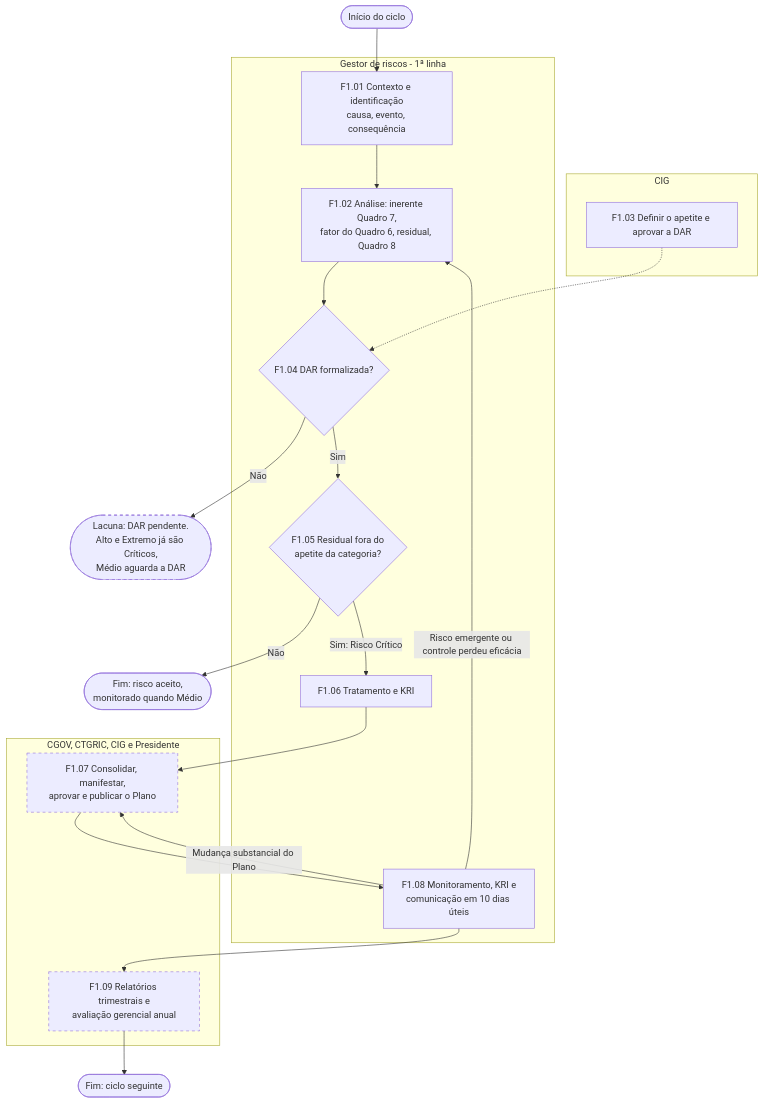
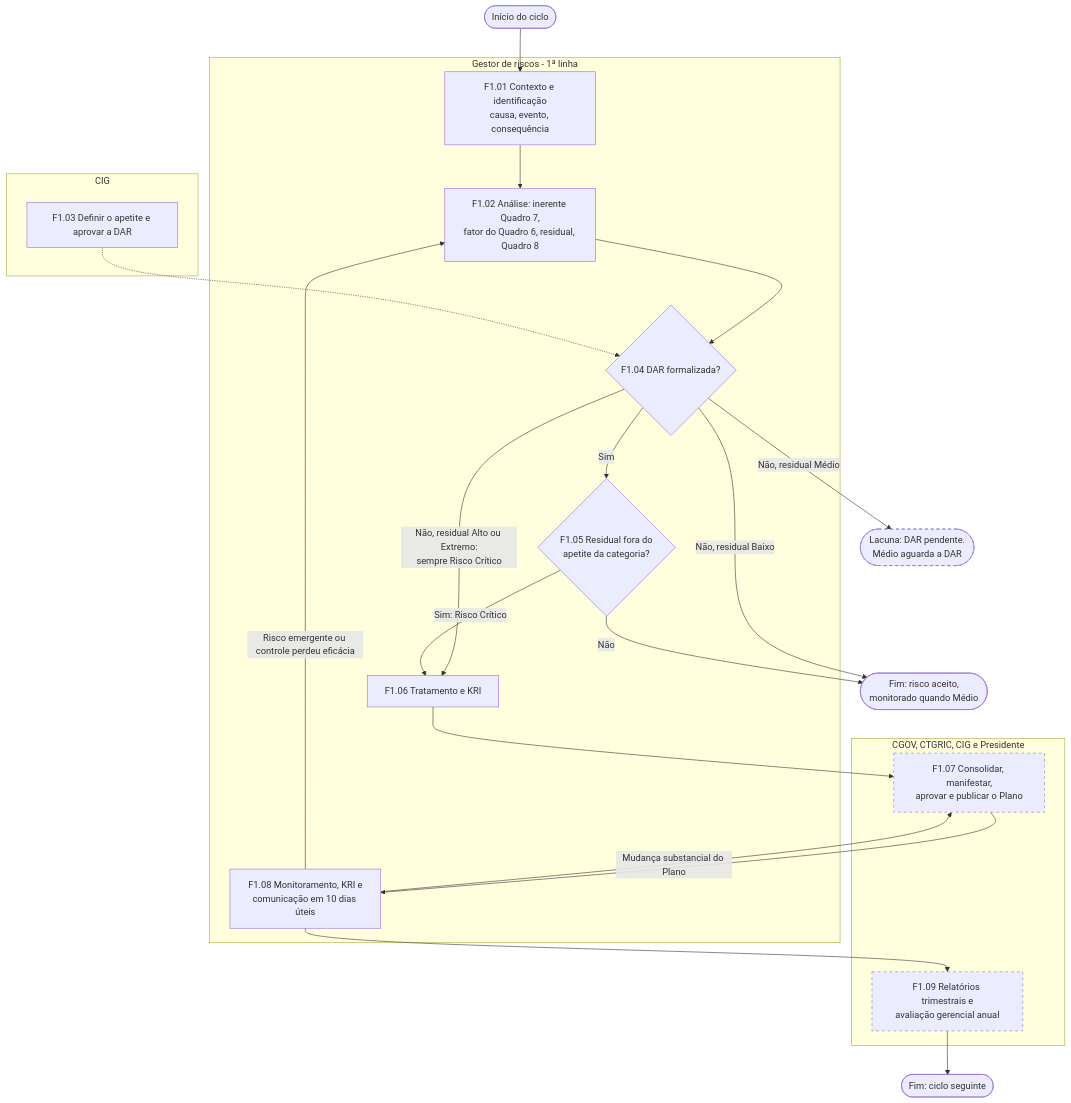
The first of 3 diagrams in docs/50-nivel5-software/uml-02-atividades.md (lpchagas/cgov-riscos), drawn with Mermaid before and after one commit. The commit also changed 11 other files, not shown here.

````diff
--- a/docs/50-nivel5-software/uml-02-atividades.md
+++ b/docs/50-nivel5-software/uml-02-atividades.md
@@ -15,33 +15,35 @@
 ```mermaid
 flowchart TD
   ini([Início do ciclo])
   subgraph CIG[CIG]
     dar[F1.03 Definir o apetite e aprovar a DAR]
   end
   subgraph GES[Gestor de riscos - 1ª linha]
     ctx[F1.01 Contexto e identificação<br/>causa, evento, consequência]
     ana[F1.02 Análise: inerente Quadro 7,<br/>fator do Quadro 6, residual, Quadro 8]
     dok{F1.04 DAR formalizada?}
     ava{F1.05 Residual fora do<br/>apetite da categoria?}
     trat[F1.06 Tratamento e KRI]
     mon[F1.08 Monitoramento, KRI e<br/>comunicação em 10 dias úteis]
   end
   subgraph CG[CGOV, CTGRIC, CIG e Presidente]
     plano[F1.07 Consolidar, manifestar,<br/>aprovar e publicar o Plano]
     rel[F1.09 Relatórios trimestrais e<br/>avaliação gerencial anual]
   end
   aceito([Fim: risco aceito,<br/>monitorado quando Médio])
-  travado([Lacuna: DAR pendente.<br/>Alto e Extremo já são Críticos,<br/>Médio aguarda a DAR])
+  travado([Lacuna: DAR pendente.<br/>Médio aguarda a DAR])
   fim([Fim: ciclo seguinte])
   ini --> ctx --> ana --> dok
   dar -.-> dok
-  dok -->|Não| travado
+  dok -->|Não, residual Alto ou Extremo:<br/>sempre Risco Crítico| trat
+  dok -->|Não, residual Médio| travado
+  dok -->|Não, residual Baixo| aceito
   dok -->|Sim| ava
   ava -->|Não| aceito
   ava -->|Sim: Risco Crítico| trat --> plano --> mon
   mon -->|Risco emergente ou controle perdeu eficácia| ana
   mon -->|Mudança substancial do Plano| plano
   mon --> rel --> fim
   classDef lacuna stroke-dasharray: 5 5
   class plano,rel,travado lacuna
 ```
````
